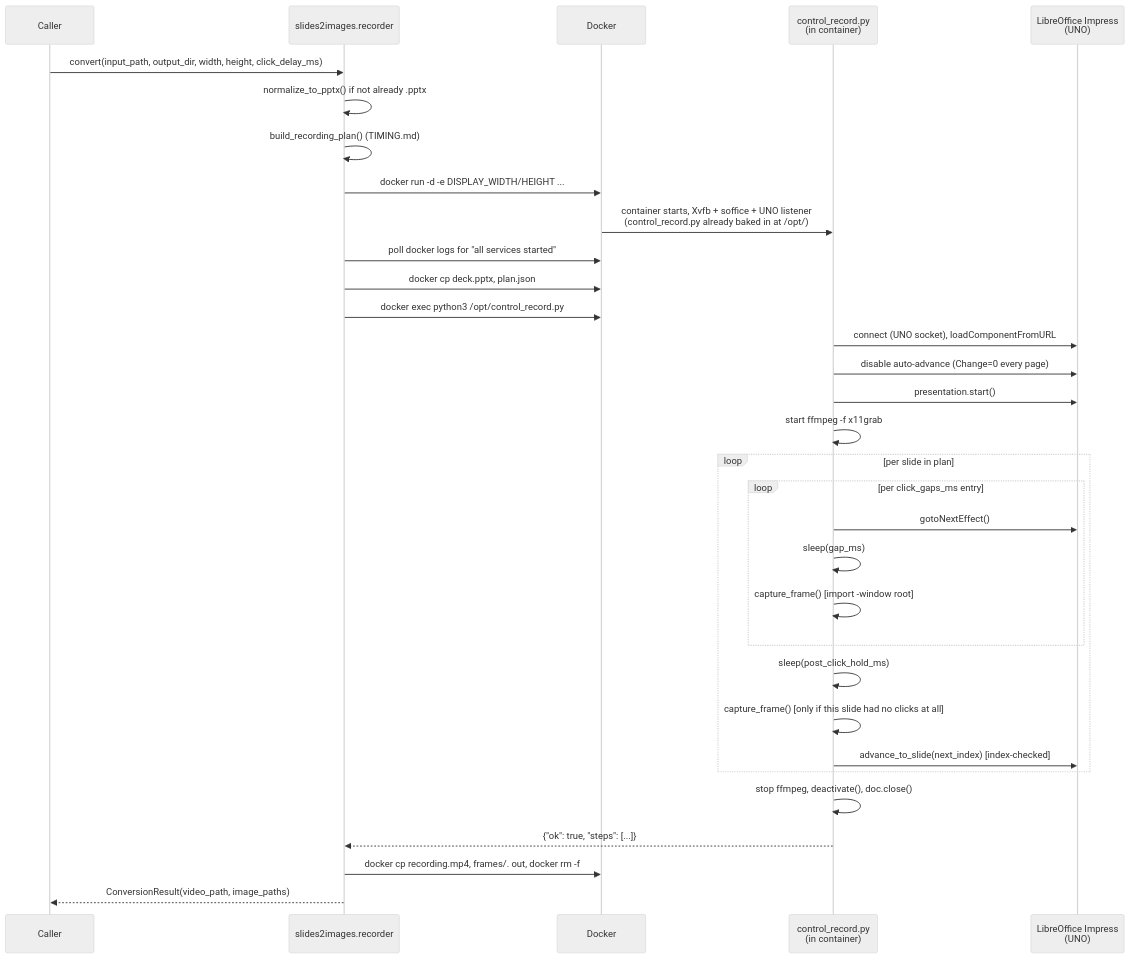
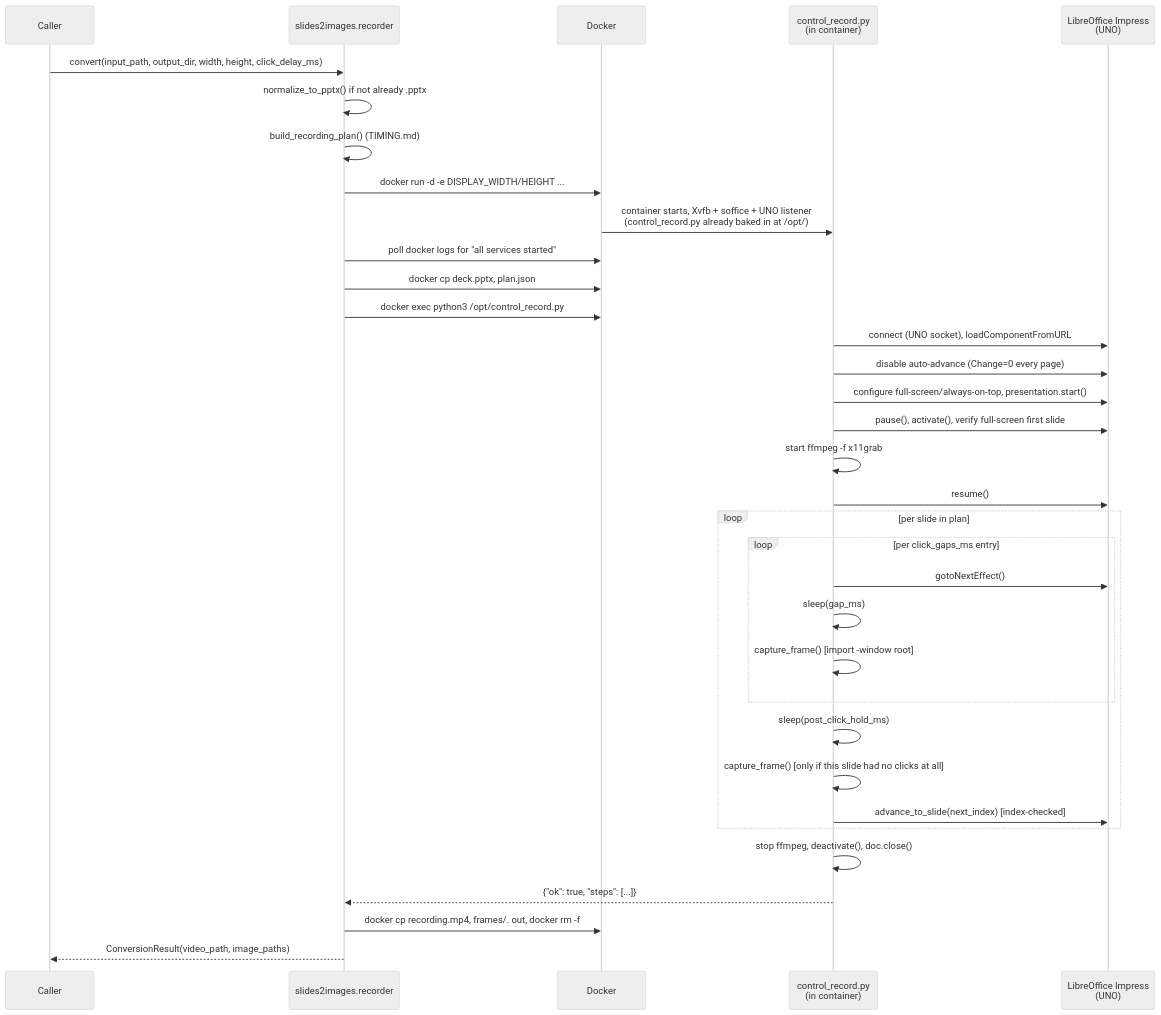
The diagram in build/IMPRESS_PROTOCOL.md (loxehate/docker-image-build), drawn with Mermaid (neutral theme) before and after one commit. The commit also changed other lines of this file and 4 other files, not shown here.

````diff
--- a/build/IMPRESS_PROTOCOL.md
+++ b/build/IMPRESS_PROTOCOL.md
@@ -15,37 +15,39 @@
 ```mermaid
 sequenceDiagram
     participant Caller
     participant Recorder as slides2images.recorder
     participant Docker
     participant Container as control_record.py<br/>(in container)
     participant Impress as LibreOffice Impress<br/>(UNO)
 
     Caller->>Recorder: convert(input_path, output_dir, width, height, click_delay_ms)
     Recorder->>Recorder: normalize_to_pptx() if not already .pptx
     Recorder->>Recorder: build_recording_plan() (TIMING.md)
     Recorder->>Docker: docker run -d -e DISPLAY_WIDTH/HEIGHT ...
     Docker->>Container: container starts, Xvfb + soffice + UNO listener<br/>(control_record.py already baked in at /opt/)
     Recorder->>Docker: poll docker logs for "all services started"
     Recorder->>Docker: docker cp deck.pptx, plan.json
     Recorder->>Docker: docker exec python3 /opt/control_record.py
 
     Container->>Impress: connect (UNO socket), loadComponentFromURL
     Container->>Impress: disable auto-advance (Change=0 every page)
-    Container->>Impress: presentation.start()
+    Container->>Impress: configure full-screen/always-on-top, presentation.start()
+    Container->>Impress: pause(), activate(), verify full-screen first slide
     Container->>Container: start ffmpeg -f x11grab
+    Container->>Impress: resume()
     loop per slide in plan
         loop per click_gaps_ms entry
             Container->>Impress: gotoNextEffect()
             Container->>Container: sleep(gap_ms)
             Container->>Container: capture_frame() [import -window root]
         end
         Container->>Container: sleep(post_click_hold_ms)
         Container->>Container: capture_frame() [only if this slide had no clicks at all]
         Container->>Impress: advance_to_slide(next_index) [index-checked]
     end
     Container->>Container: stop ffmpeg, deactivate(), doc.close()
     Container-->>Recorder: {"ok": true, "steps": [...]}
 
     Recorder->>Docker: docker cp recording.mp4, frames/. out, docker rm -f
     Recorder-->>Caller: ConversionResult(video_path, image_paths)
 ```
````
